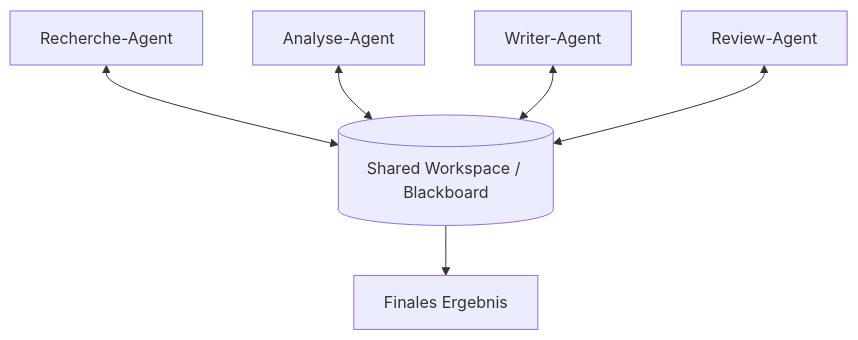
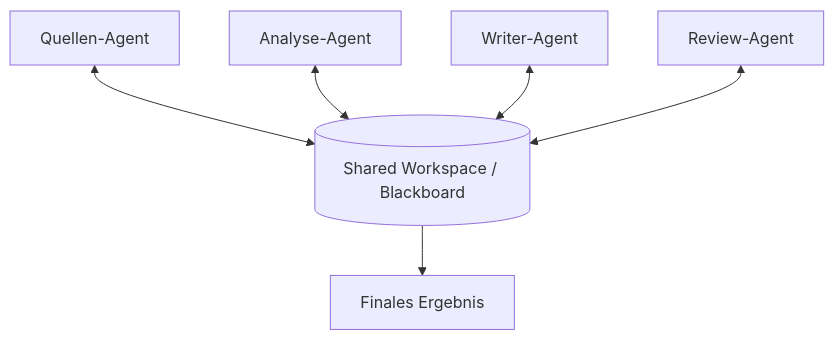
Before and after one commit to ralf-42/Agenten: the sixth of 10 diagrams in docs/06-multi-agent-erweiterungen/multi-agent-systeme.md, drawn with Mermaid. The commit also changed other lines of this file and 40 other files, not shown here.

````diff
--- a/docs/06-multi-agent-erweiterungen/multi-agent-systeme.md
+++ b/docs/06-multi-agent-erweiterungen/multi-agent-systeme.md
@@ -208,9 +208,9 @@
 ```mermaid
 flowchart TB
     B[(Shared Workspace / Blackboard)]
-    R[Recherche-Agent] <--> B
+    R[Quellen-Agent] <--> B
     A[Analyse-Agent] <--> B
     W[Writer-Agent] <--> B
     Q[Review-Agent] <--> B
     B --> E[Finales Ergebnis]
 ```
````
